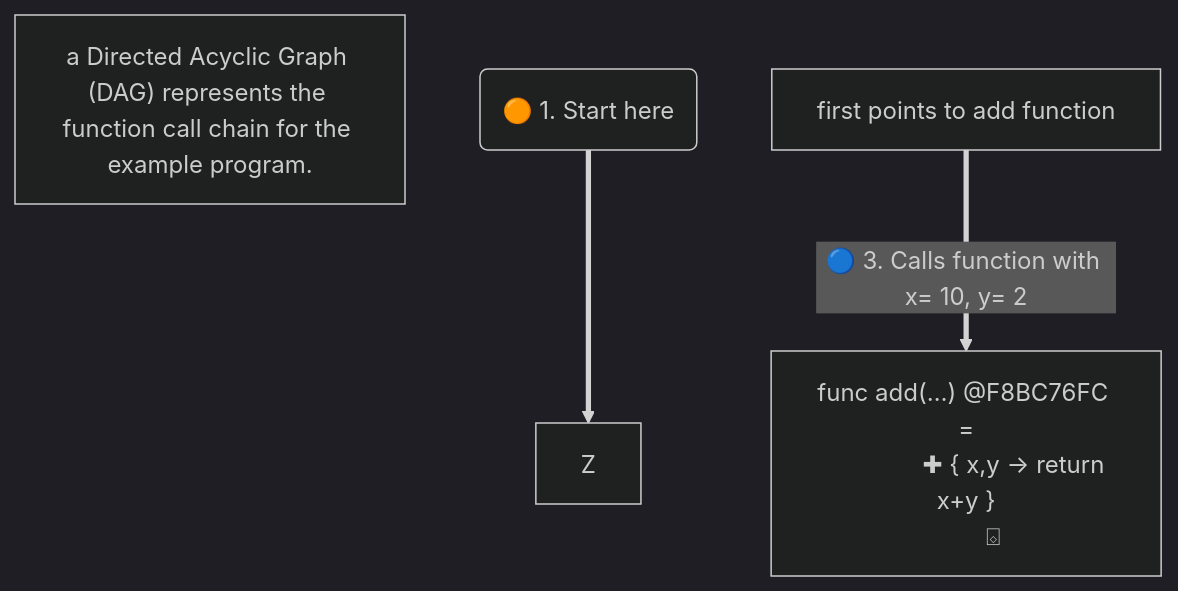
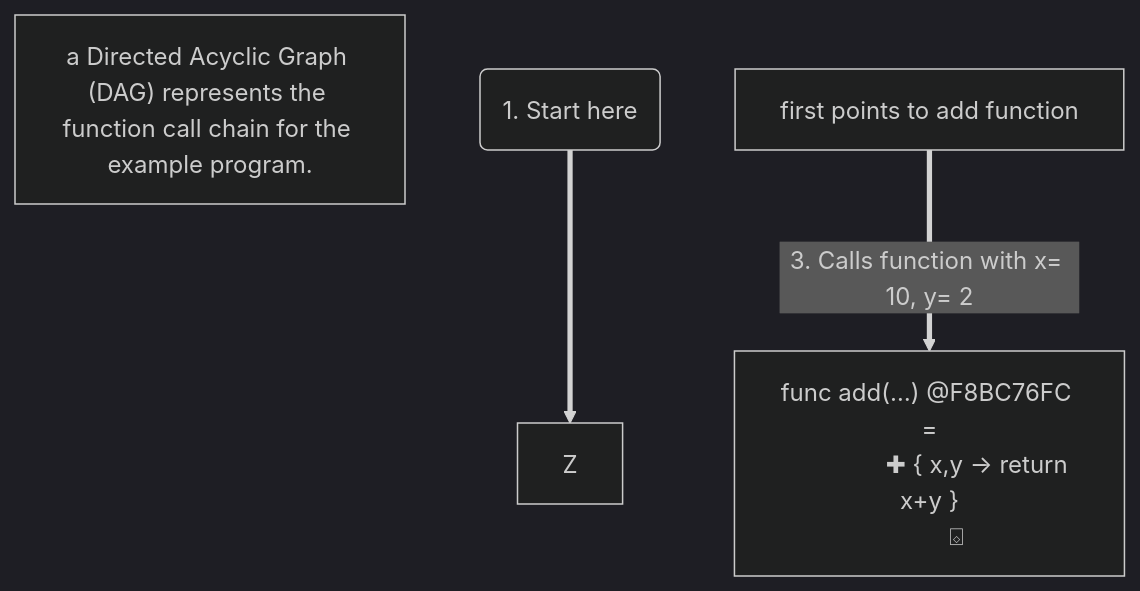
Before and after one commit to realityexpander/How_to_program_from_ground_up: the first of 2 diagrams in 10-FunctionalProgramming.md, drawn with Mermaid (dark theme).

Commit message:
improve diagram

````diff
--- a/10-FunctionalProgramming.md
+++ b/10-FunctionalProgramming.md
@@ -50,11 +50,11 @@
 ```mermaid
 flowchart TB
 
     note["`a Directed Acyclic Graph (DAG) represents the function call chain for the example program.`"]
 
-    start("🟠 1. Start here") ==> Z
+    start(" 1. Start here") ==> Z
 
-    X["first points to add function "] ==>|🔵 3. Calls function with x= 10, y= 2| addFn[" func add(…) @F8BC76FC =
+    X["first points to add function "] ==>| 3. Calls function with x= 10, y= 2| addFn[" func add(…) @F8BC76FC =
                ✚ { x,y -> return x+y }
         ⌺"]
 ```
````
